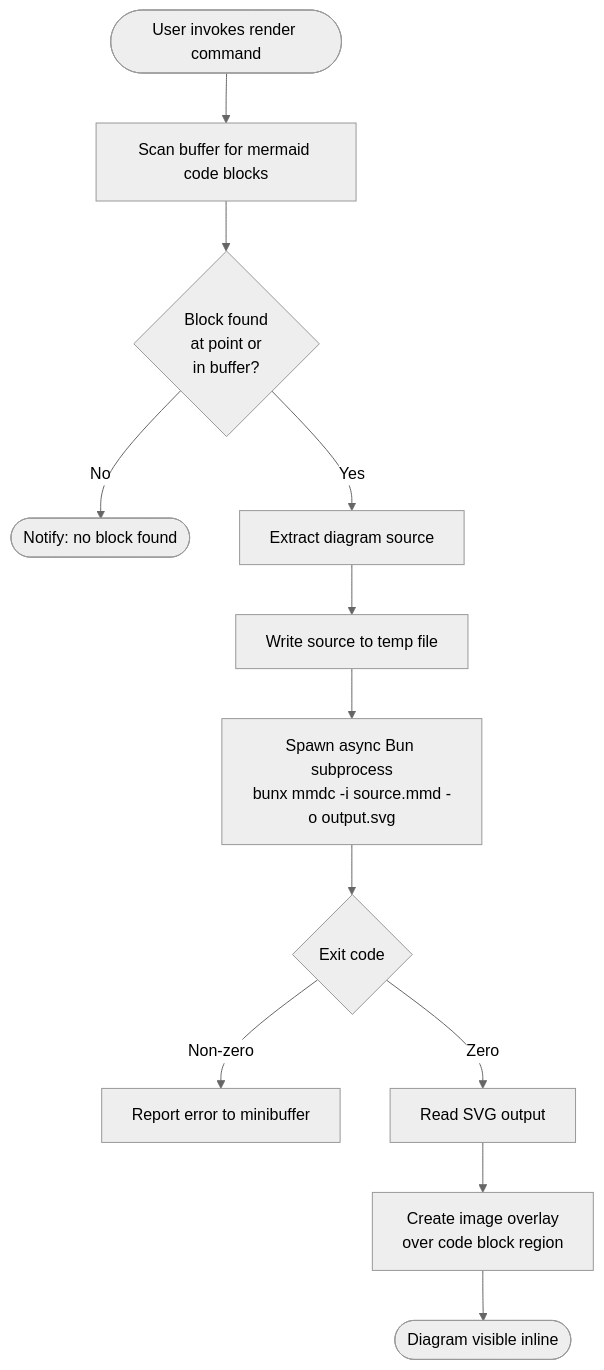
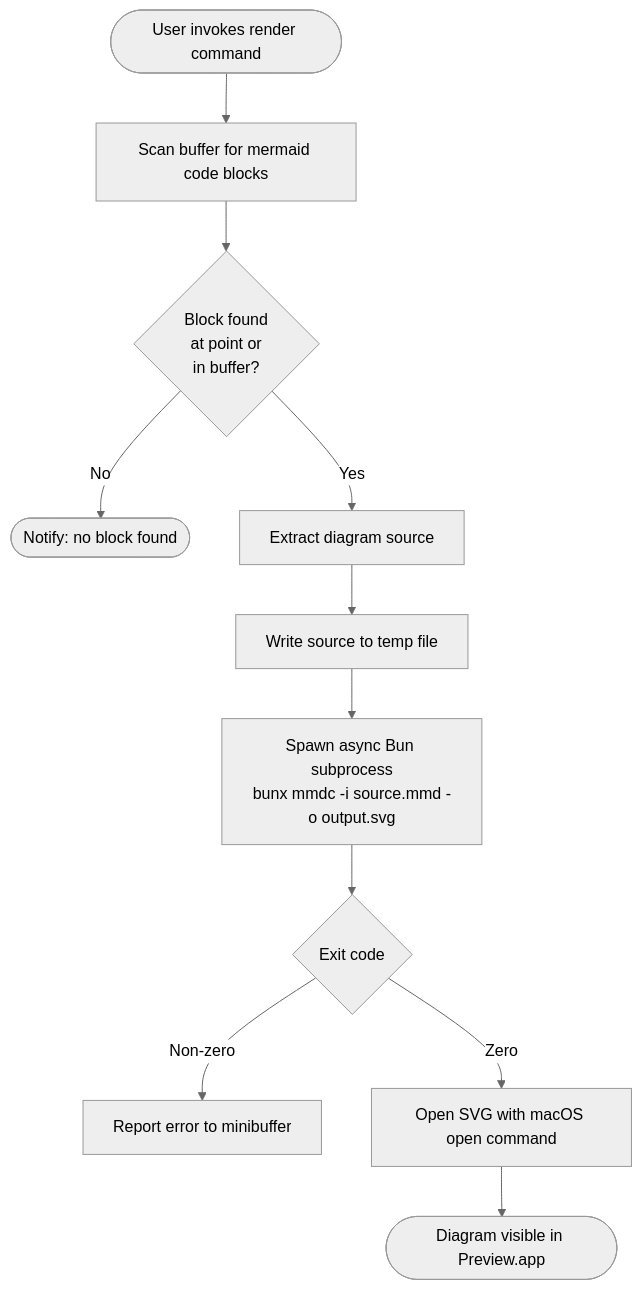
One commit to sagelattice/ctrl changed the diagram in docs/mermaid-preview-spec.md. Above: the diagram before and after it, drawn with Mermaid (neutral theme). The commit also changed other lines of this file and 11 other files, not shown here.

First line of the commit message:
Add mermaid-preview extension; remove native comp from install

````diff
--- a/docs/mermaid-preview-spec.md
+++ b/docs/mermaid-preview-spec.md
@@ -41,14 +41,13 @@
 ```mermaid
 flowchart TD
     A([User invokes render command]) --> B[Scan buffer for mermaid code blocks]
     B --> C{Block found\nat point or\nin buffer?}
     C -- No --> D([Notify: no block found])
     C -- Yes --> E[Extract diagram source]
     E --> F[Write source to temp file]
     F --> G[Spawn async Bun subprocess\nbunx mmdc -i source.mmd -o output.svg]
     G --> H{Exit code}
     H -- Non-zero --> I[Report error to minibuffer]
-    H -- Zero --> J[Read SVG output]
-    J --> K[Create image overlay\nover code block region]
-    K --> L([Diagram visible inline])
+    H -- Zero --> J[Open SVG with macOS open command]
+    J --> L([Diagram visible in Preview.app])
 ```
````
